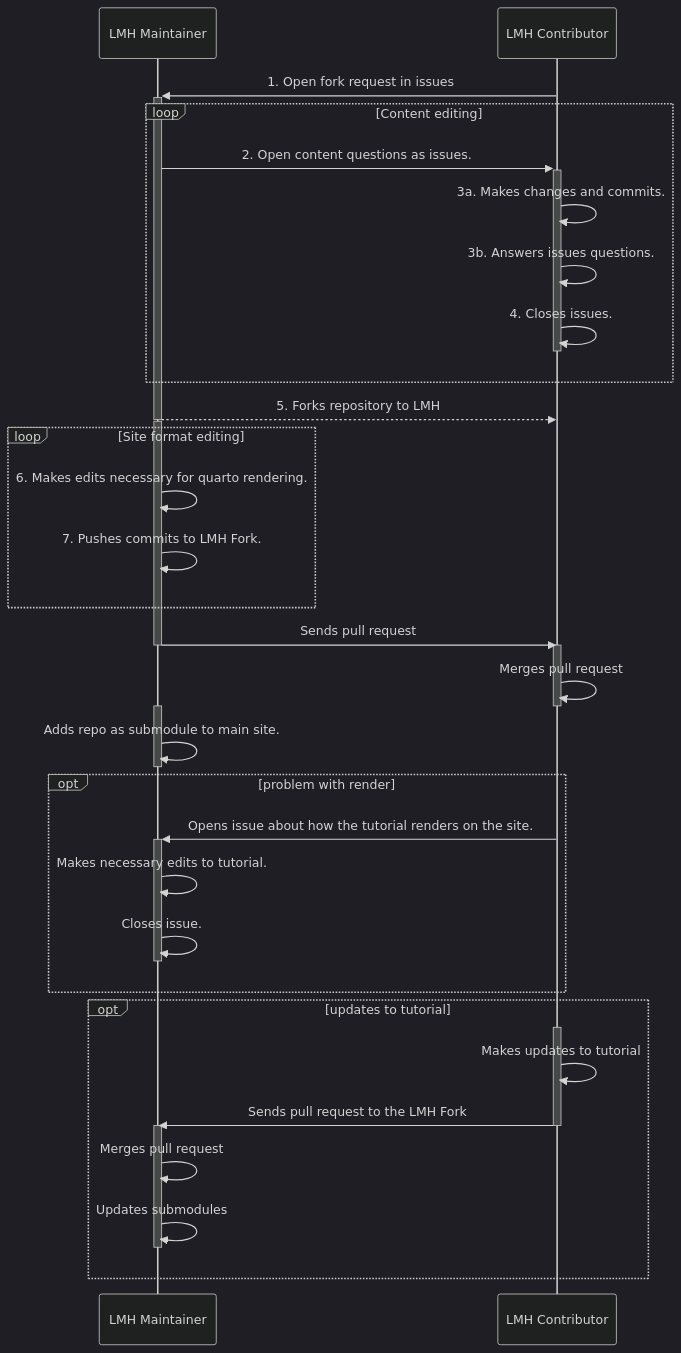
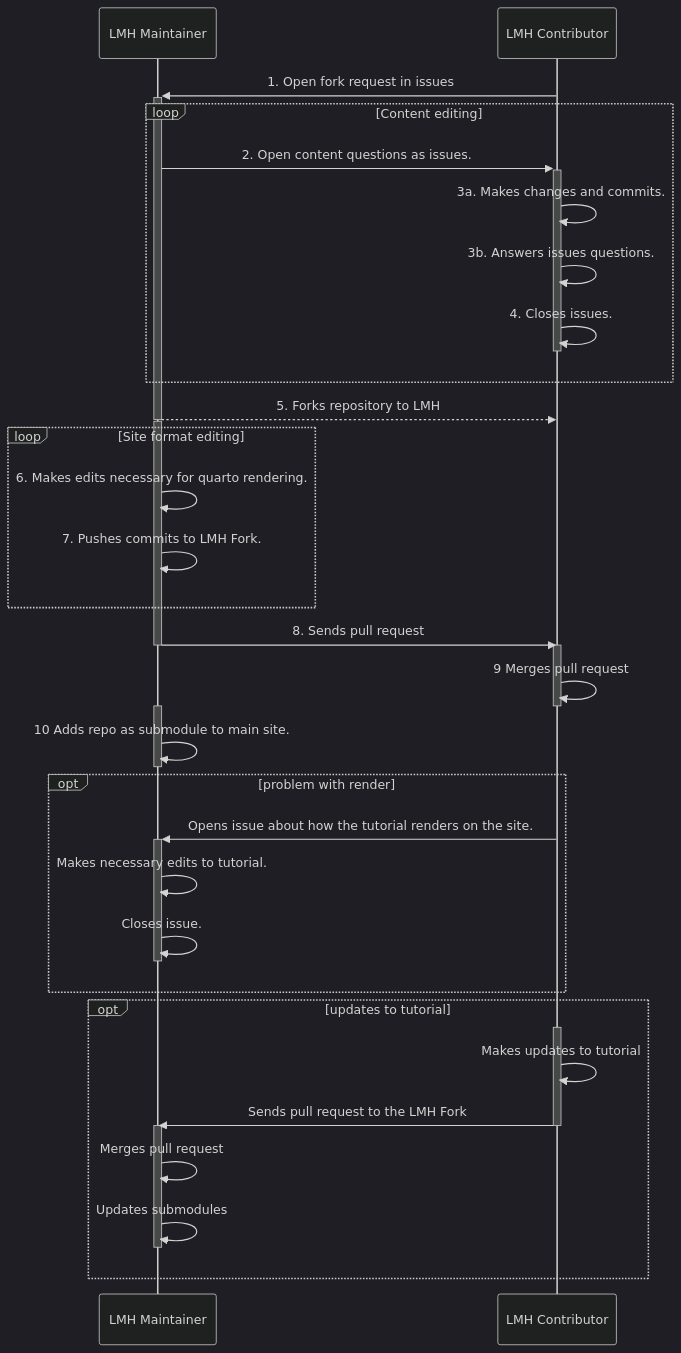
Before and after one commit to LingMethodsHub/LingMethodsHub.github.io: the first of 2 diagrams in content/contributing/03_workflow.qmd, drawn with Mermaid (dark theme). The commit also changed other lines of this file and 1 other file, not shown here.

````diff
--- a/content/contributing/03_workflow.qmd
+++ b/content/contributing/03_workflow.qmd
@@ -11,37 +15,37 @@
 ```{mermaid}
 sequenceDiagram
   participant LMH Maintainer
   participant LMH Contributor
   
   LMH Contributor ->>+ LMH Maintainer: 1. Open fork request in issues
   loop Content editing
     LMH Maintainer  ->>+ LMH Contributor: 2. Open content questions as issues.
     LMH Contributor ->> LMH Contributor: 3a. Makes changes and commits.
     LMH Contributor ->> LMH Contributor: 3b. Answers issues questions.
     LMH Contributor ->>- LMH Contributor: 4. Closes issues.
   end
   LMH Maintainer -->>- LMH Contributor: 5. Forks repository to LMH
   activate LMH Maintainer
   loop Site format editing
     LMH Maintainer ->> LMH Maintainer: 6. Makes edits necessary for quarto rendering.
     LMH Maintainer ->> LMH Maintainer: 7. Pushes commits to LMH Fork.
   end
-  LMH Maintainer ->>- LMH Contributor: Sends pull request
+  LMH Maintainer ->>- LMH Contributor: 8. Sends pull request
   activate LMH Contributor
-  LMH Contributor ->>- LMH Contributor: Merges pull request
+  LMH Contributor ->>- LMH Contributor: 9 Merges pull request
   activate LMH Maintainer
-  LMH Maintainer ->>- LMH Maintainer: Adds repo as submodule to main site.
+  LMH Maintainer ->>- LMH Maintainer: 10 Adds repo as submodule to main site.
   opt problem with render
     LMH Contributor ->>+ LMH Maintainer: Opens issue about how the tutorial renders on the site.
     LMH Maintainer ->> LMH Maintainer: Makes necessary edits to tutorial.
     LMH Maintainer ->>- LMH Maintainer: Closes issue.
   end
   opt updates to tutorial
     activate LMH Contributor
     LMH Contributor ->> LMH Contributor: Makes updates to tutorial
     LMH Contributor ->>- LMH Maintainer: Sends pull request to the LMH Fork
     activate LMH Maintainer
     LMH Maintainer ->> LMH Maintainer: Merges pull request
     LMH Maintainer ->>- LMH Maintainer: Updates submodules
   end
 ```
````
